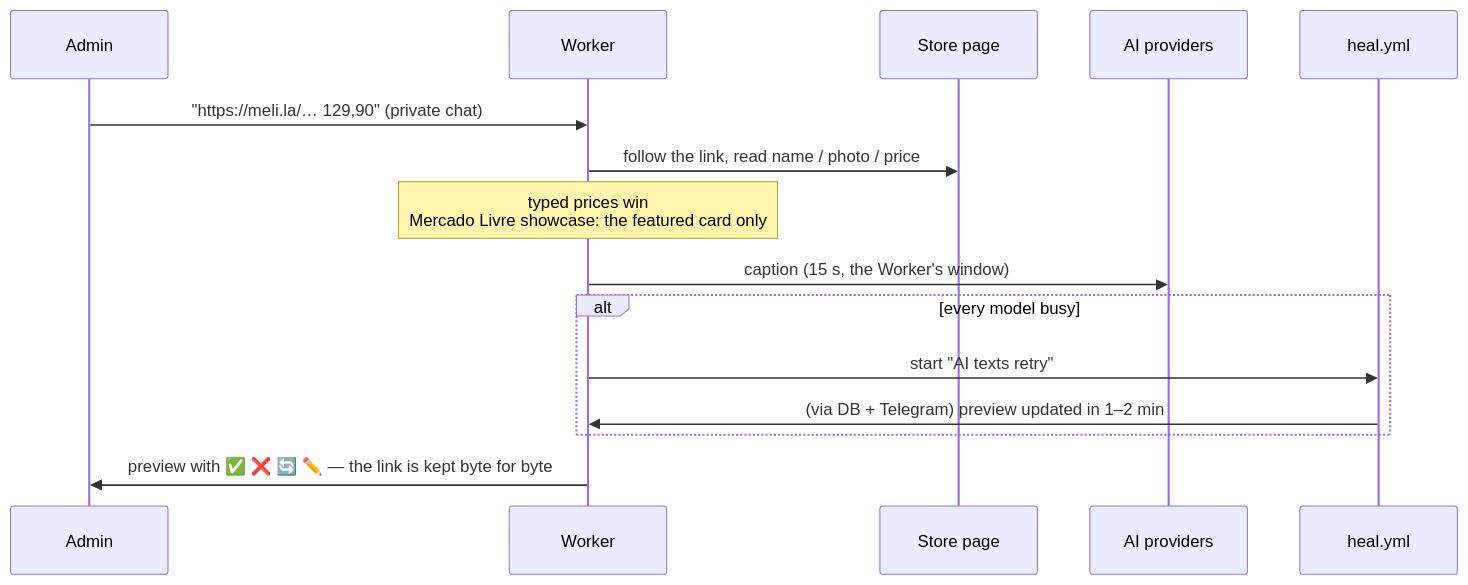
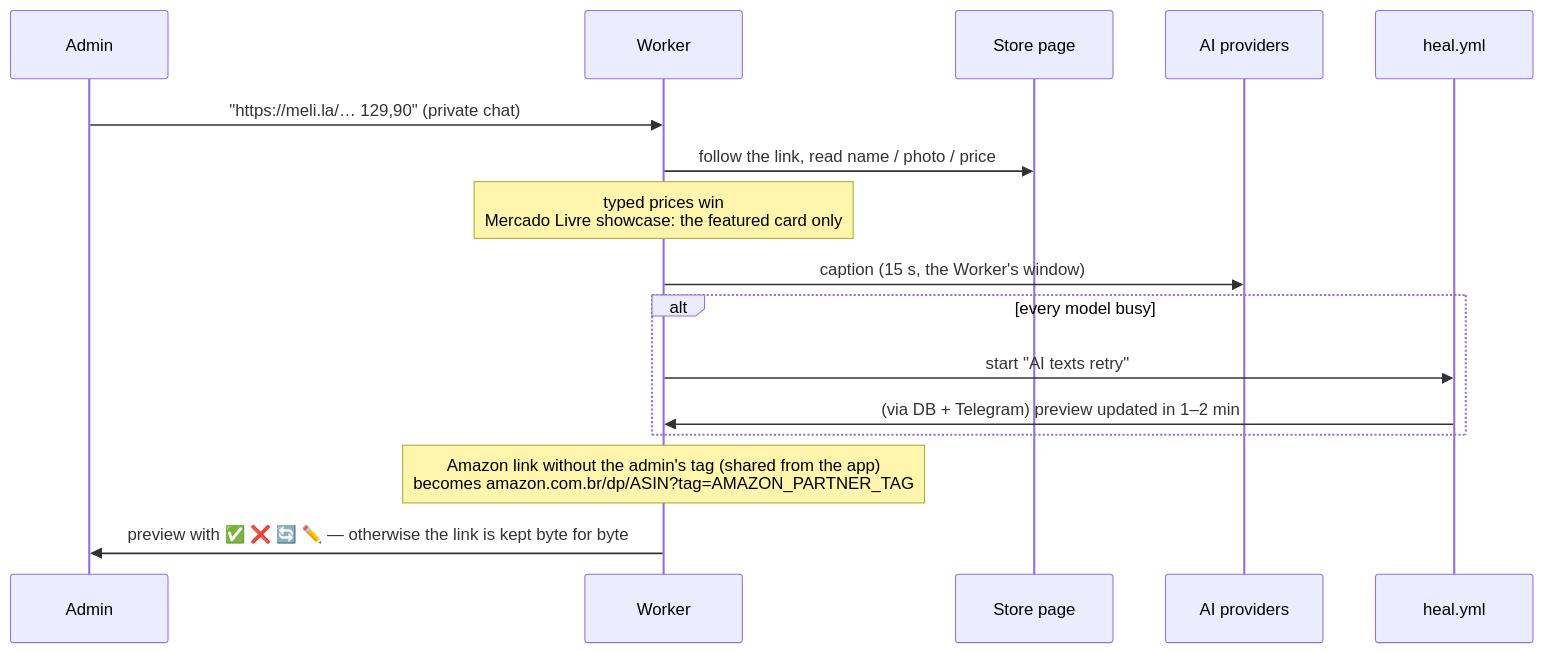
One commit to David-Ackerman/dev-das-promos changed the seventh of 9 diagrams in docs/ARCHITECTURE.md. Above: the diagram before and after it, drawn with Mermaid. The commit also changed other lines of this file and 12 other files, not shown here.

First line of the commit message:
feat: first search at 6h; Amazon links from the app get your affiliate tag

````diff
--- a/docs/ARCHITECTURE.md
+++ b/docs/ARCHITECTURE.md
@@ -240,18 +240,19 @@
 ```mermaid
 sequenceDiagram
   participant Admin
   participant W as Worker
   participant Page as Store page
   participant AI as AI providers
   participant GH as heal.yml
 
   Admin->>W: "https://meli.la/… 129,90" (private chat)
   W->>Page: follow the link, read name / photo / price
   Note over W: typed prices win<br/>Mercado Livre showcase: the featured card only
   W->>AI: caption (15 s, the Worker's window)
   alt every model busy
     W->>GH: start "AI texts retry"
     GH->>W: (via DB + Telegram) preview updated in 1–2 min
   end
-  W->>Admin: preview with ✅ ❌ 🔄 ✏️ — the link is kept byte for byte
+  Note over W: Amazon link without the admin's tag (shared from the app)<br/>becomes amazon.com.br/dp/ASIN?tag=AMAZON_PARTNER_TAG
+  W->>Admin: preview with ✅ ❌ 🔄 ✏️ — otherwise the link is kept byte for byte
 ```
````
